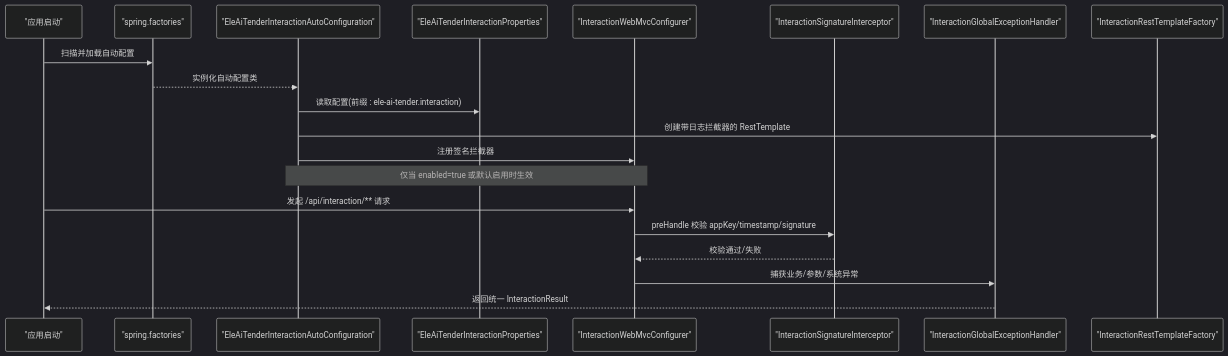
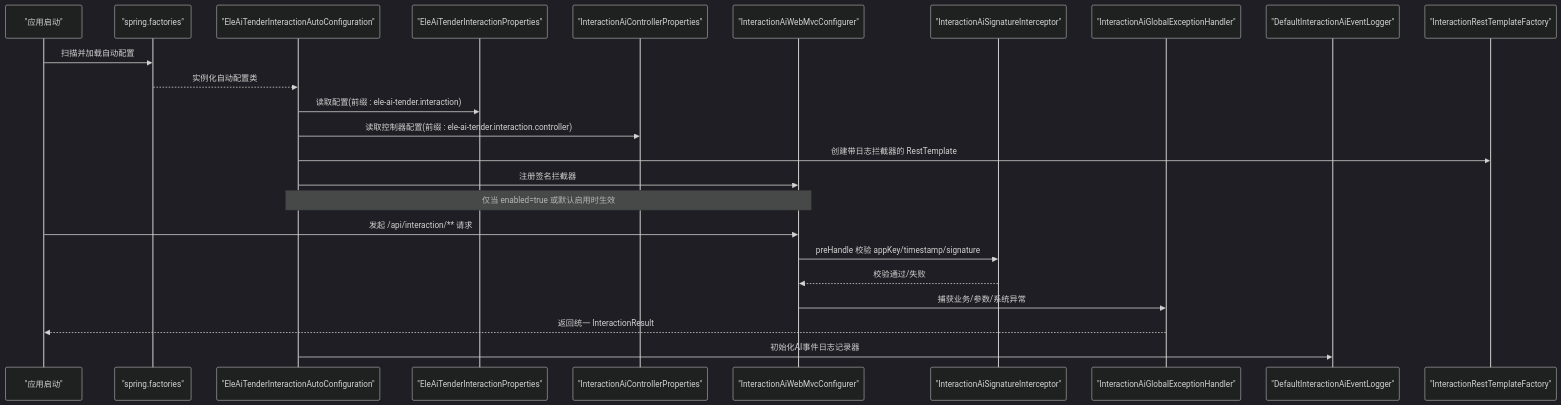
Before and after one commit to DrunkFood/First: the second of 8 diagrams in .qoder/repowiki/zh/content/后端服务/交互服务 (ele-ai-tender-interaction)/自动配置框架.md, drawn with Mermaid (dark theme). The commit also changed other lines of this file and 69 other files, not shown here.

````diff
--- a/.qoder/repowiki/zh/content/后端服务/交互服务 (ele-ai-tender-interaction)/自动配置框架.md
+++ b/.qoder/repowiki/zh/content/后端服务/交互服务 (ele-ai-tender-interaction)/自动配置框架.md
@@ -84,22 +99,26 @@
 ```mermaid
 sequenceDiagram
 participant App as "应用启动"
 participant Factory as "spring.factories"
 participant AutoCfg as "EleAiTenderInteractionAutoConfiguration"
 participant Props as "EleAiTenderInteractionProperties"
-participant MVC as "InteractionWebMvcConfigurer"
-participant Interceptor as "InteractionSignatureInterceptor"
-participant Handler as "InteractionGlobalExceptionHandler"
+participant ControllerProps as "InteractionAiControllerProperties"
+participant MVC as "InteractionAiWebMvcConfigurer"
+participant Interceptor as "InteractionAiSignatureInterceptor"
+participant Handler as "InteractionAiGlobalExceptionHandler"
+participant Logger as "DefaultInteractionAiEventLogger"
 participant RTF as "InteractionRestTemplateFactory"
 App->>Factory : 扫描并加载自动配置
 Factory-->>AutoCfg : 实例化自动配置类
 AutoCfg->>Props : 读取配置(前缀 : ele-ai-tender.interaction)
+AutoCfg->>ControllerProps : 读取控制器配置(前缀 : ele-ai-tender.interaction.controller)
 AutoCfg->>RTF : 创建带日志拦截器的 RestTemplate
 AutoCfg->>MVC : 注册签名拦截器
 Note over AutoCfg,MVC : 仅当 enabled=true 或默认启用时生效
 App->>MVC : 发起 /api/interaction/** 请求
 MVC->>Interceptor : preHandle 校验 appKey/timestamp/signature
 Interceptor-->>MVC : 校验通过/失败
 MVC->>Handler : 捕获业务/参数/系统异常
 Handler-->>App : 返回统一 InteractionResult
+AutoCfg->>Logger : 初始化AI事件日志记录器
 ```
````
